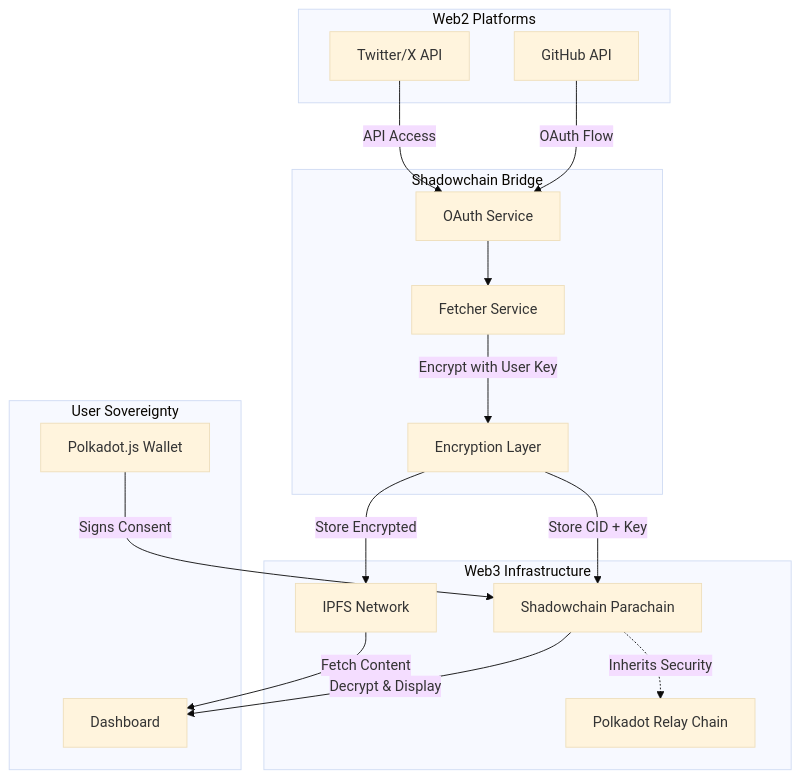
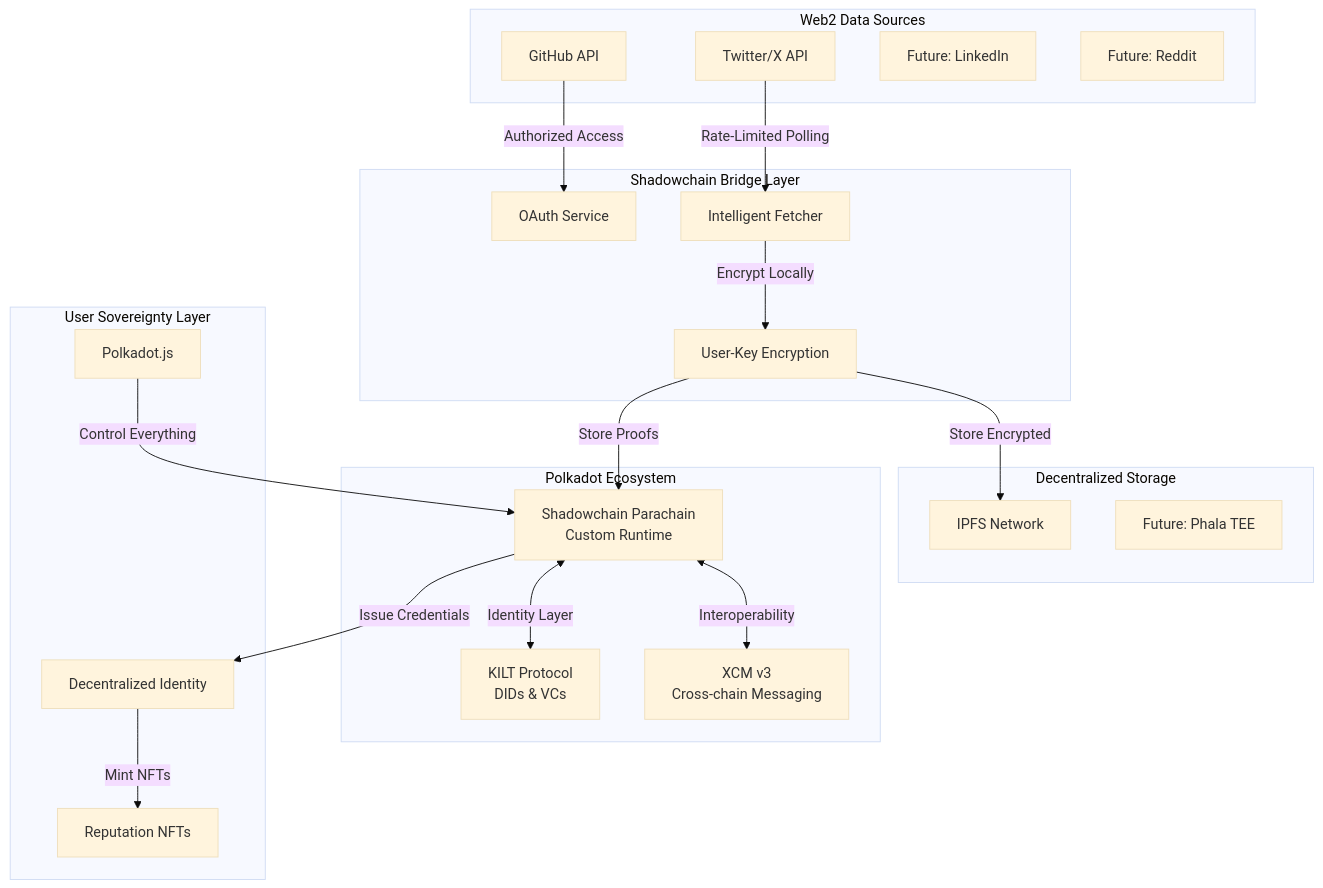
Before and after one commit to Gex-Labella/shadowchain: the diagram in README.md, drawn with Mermaid (base theme). The commit also changed other lines of this file, not shown here.

First line of the commit message:
docs: refactor README with comprehensive vision for Web3 identity platform

````diff
--- a/README.md
+++ b/README.md
@@ -62,35 +100,43 @@
 ```mermaid
 graph TB
-    subgraph W2["Web2 Platforms"]
+    subgraph Web2["Web2 Data Sources"]
         GH[GitHub API]
         TW[Twitter/X API]
+        LI[Future: LinkedIn]
+        RD[Future: Reddit]
     end
     
-    subgraph SB["Shadowchain Bridge"]
+    subgraph Bridge["Shadowchain Bridge Layer"]
         OAuth[OAuth Service]
-        Fetch[Fetcher Service]
-        Enc[Encryption Layer]
+        Fetch[Intelligent Fetcher]
+        Enc[User-Key Encryption]
     end
     
-    subgraph W3["Web3 Infrastructure"]
-        IPFS[IPFS Network]
-        SC[Shadowchain Parachain]
-        DOT[Polkadot Relay Chain]
+    subgraph Polkadot["Polkadot Ecosystem"]
+        SC[Shadowchain Parachain<br/>Custom Runtime]
+        KILT[KILT Protocol<br/>DIDs & VCs]
+        XCM[XCM v3<br/>Cross-chain Messaging]
     end
     
-    subgraph US["User Sovereignty"]
-        Wallet[Polkadot.js Wallet]
-        Dash[Dashboard]
+    subgraph Storage["Decentralized Storage"]
+        IPFS[IPFS Network]
+        Phala[Future: Phala TEE]
     end
     
-    GH -->|OAuth Flow| OAuth
-    TW -->|API Access| OAuth
-    OAuth --> Fetch
-    Fetch -->|Encrypt with User Key| Enc
+    subgraph User["User Sovereignty Layer"]
+        Wallet[Polkadot.js]
+        DID[Decentralized Identity]
+        Rep[Reputation NFTs]
+    end
+    
+    GH -->|Authorized Access| OAuth
+    TW -->|Rate-Limited Polling| Fetch
+    Fetch -->|Encrypt Locally| Enc
     Enc -->|Store Encrypted| IPFS
-    Enc -->|Store CID + Key| SC
-    SC -.->|Inherits Security| DOT
-    Wallet -->|Signs Consent| SC
-    SC -->|Decrypt & Display| Dash
-    IPFS -->|Fetch Content| Dash
+    Enc -->|Store Proofs| SC
+    SC <-->|Interoperability| XCM
+    SC <-->|Identity Layer| KILT
+    SC -->|Issue Credentials| DID
+    DID -->|Mint NFTs| Rep
+    Wallet -->|Control Everything| SC
 ```
````
